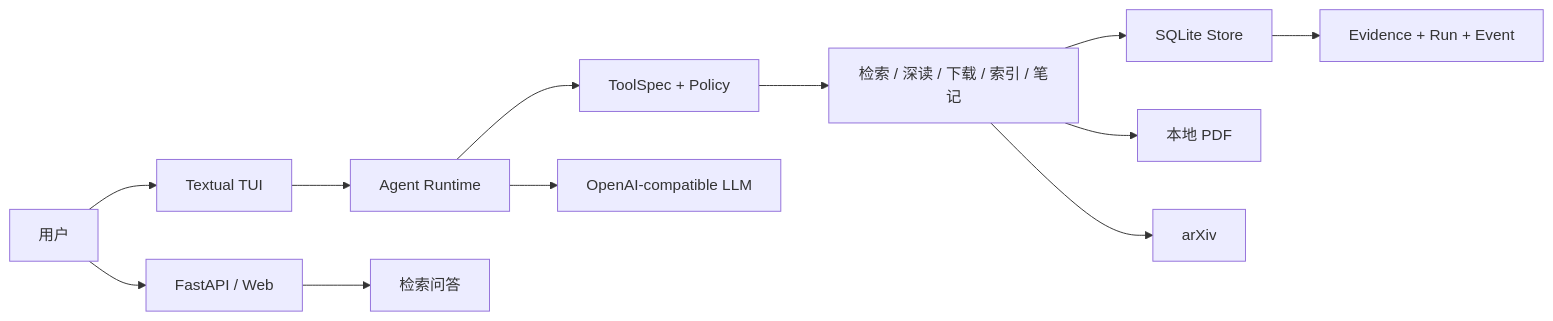
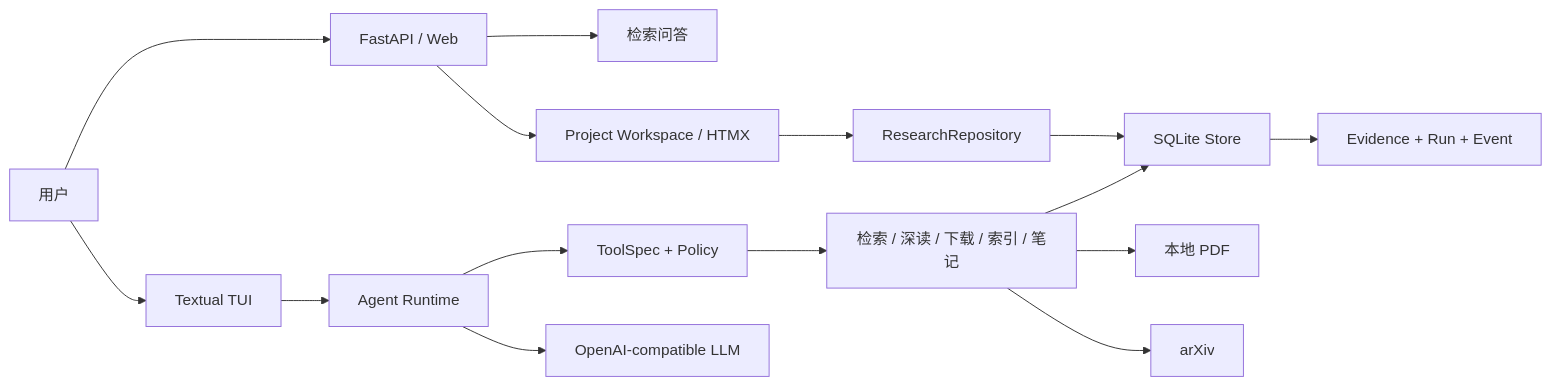
The first of 2 diagrams in docs/architecture.md (Glow-Shimmering/paper-research-agent), drawn with Mermaid before and after one commit. The commit also changed other lines of this file and 27 other files, not shown here.

Commit message:
feat: add persistent project web workspace

````diff
--- a/docs/architecture.md
+++ b/docs/architecture.md
@@ -7,14 +7,17 @@
 ```mermaid
 flowchart LR
     User["用户"] --> TUI["Textual TUI"]
     User --> Web["FastAPI / Web"]
     TUI --> Runtime["Agent Runtime"]
     Web --> Ask["检索问答"]
+    Web --> Workspace["Project Workspace / HTMX"]
+    Workspace --> ResearchRepo["ResearchRepository"]
+    ResearchRepo --> Store
     Runtime --> Policy["ToolSpec + Policy"]
     Runtime --> LLM["OpenAI-compatible LLM"]
     Policy --> Tools["检索 / 深读 / 下载 / 索引 / 笔记"]
     Tools --> Store["SQLite Store"]
     Tools --> PDF["本地 PDF"]
     Tools --> Arxiv["arXiv"]
     Store --> Evidence["Evidence + Run + Event"]
 ```
````
